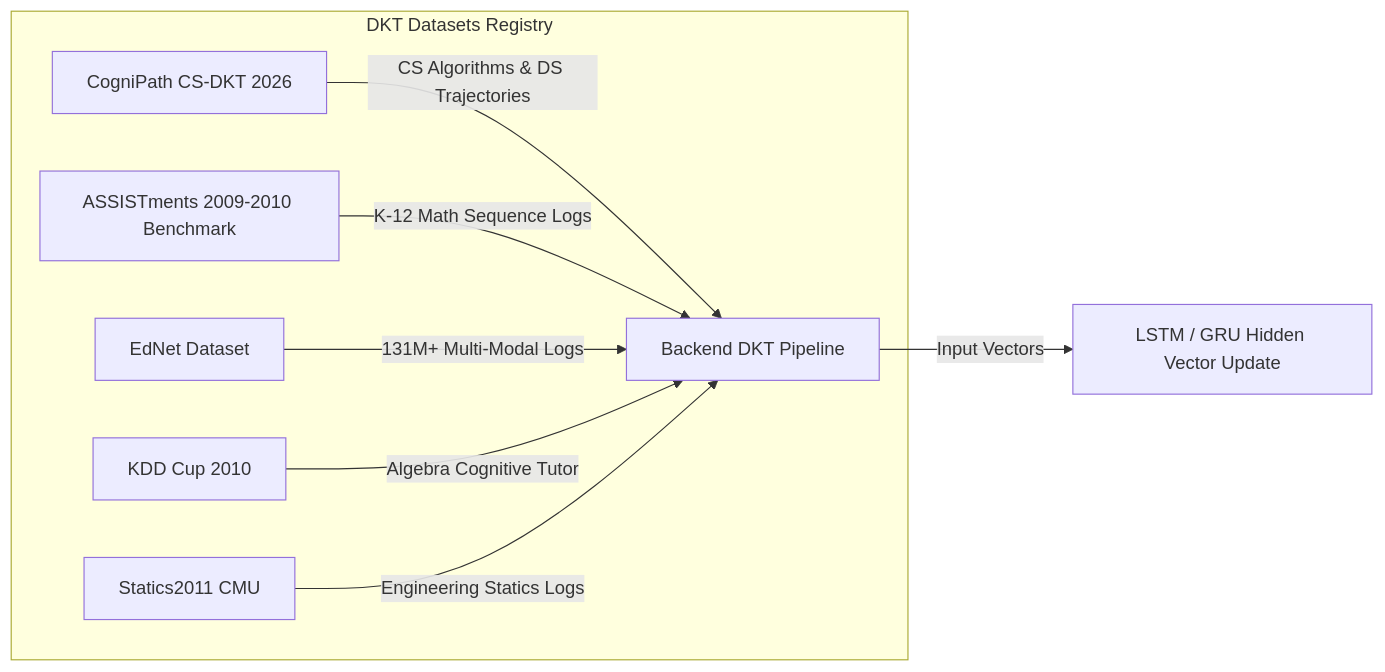
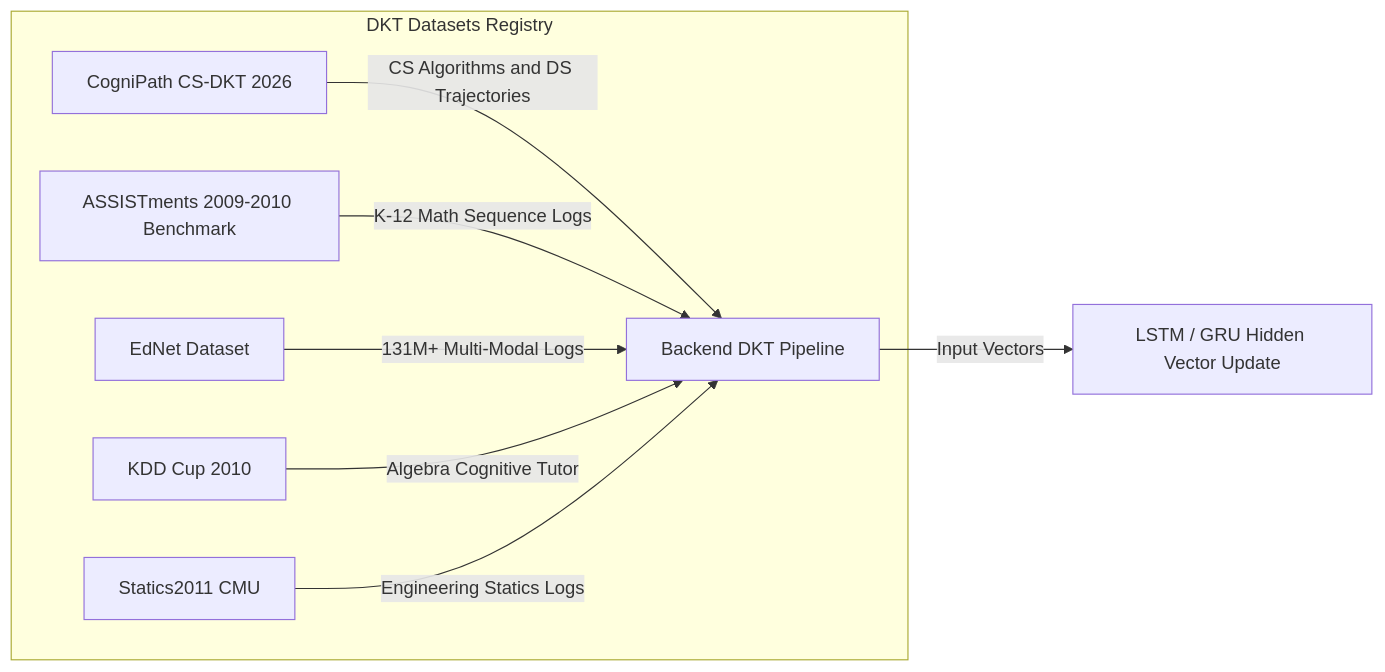
One commit to chirag07p/dl-project changed the first of 2 diagrams in README.md. Above: the diagram before and after it, drawn with Mermaid. The commit also changed other lines of this file, not shown here.

Commit message:
Fix Mermaid diagram syntax in README.md for GitHub Markdown parser

````diff
--- a/README.md
+++ b/README.md
@@ -26,11 +26,11 @@
 ```mermaid
 graph LR
-    subgraph DKT Datasets Registry
-        D1[CogniPath CS-DKT 2026] -->|CS Algorithms & DS Trajectories| E[Backend DKT Pipeline]
-        D2[ASSISTments 2009-2010 Benchmark] -->|K-12 Math Sequence Logs| E
-        D3[EdNet Dataset] -->|131M+ Multi-Modal Logs| E
-        D4[KDD Cup 2010] -->|Algebra Cognitive Tutor| E
-        D5[Statics2011 CMU] -->|Engineering Statics Logs| E
+    subgraph "DKT Datasets Registry"
+        D1["CogniPath CS-DKT 2026"] -->|CS Algorithms and DS Trajectories| E["Backend DKT Pipeline"]
+        D2["ASSISTments 2009-2010 Benchmark"] -->|K-12 Math Sequence Logs| E
+        D3["EdNet Dataset"] -->|131M+ Multi-Modal Logs| E
+        D4["KDD Cup 2010"] -->|Algebra Cognitive Tutor| E
+        D5["Statics2011 CMU"] -->|Engineering Statics Logs| E
     end
-    E -->|Input Vectors| M[LSTM / GRU Hidden Vector Update]
+    E -->|Input Vectors| M["LSTM / GRU Hidden Vector Update"]
 ```
````
